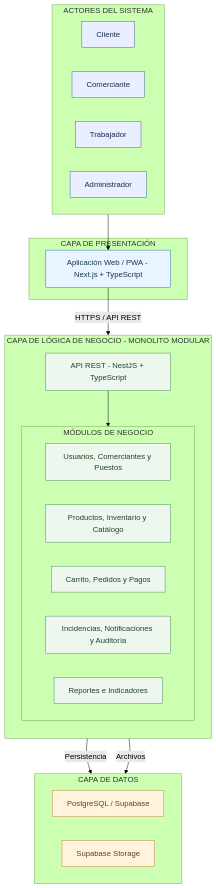
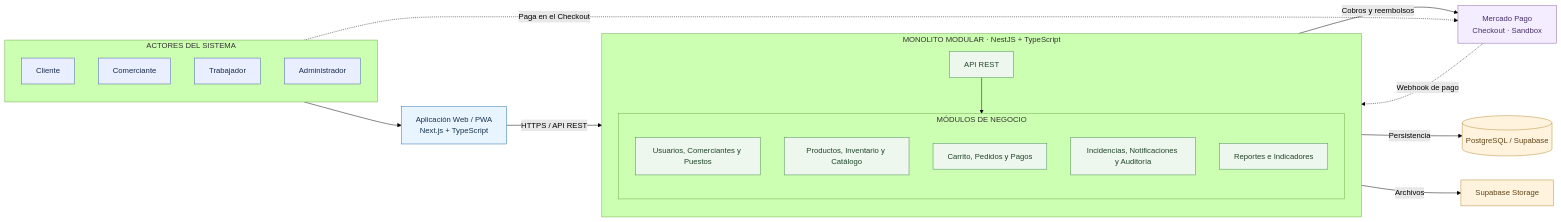
One commit to DheanFernandez/mercado-multivendedor changed the diagram in docs/02-arquitectura-software/estilo-arquitectonico.md. Above: the diagram before and after it, drawn with Mermaid (forest theme). The commit also changed other lines of this file and 24 other files, not shown here.

Commit message:
docs: refactorizar estilo a monolito modular e integrar pago unico con Mercado Pago

````diff
--- a/docs/02-arquitectura-software/estilo-arquitectonico.md
+++ b/docs/02-arquitectura-software/estilo-arquitectonico.md
@@ -101,52 +105,54 @@
 ```mermaid
-flowchart TB
+flowchart LR
 
     subgraph ACT["ACTORES DEL SISTEMA"]
-        direction LR
+        direction TB
         CL["Cliente"]
         CO["Comerciante"]
         TR["Trabajador"]
         AD["Administrador"]
     end
 
-    subgraph PRE["CAPA DE PRESENTACIÓN"]
-        WEB["Aplicación Web / PWA - Next.js + TypeScript"]
-    end
+    WEB["Aplicación Web / PWA<br/>Next.js + TypeScript"]
 
-    subgraph NEG["CAPA DE LÓGICA DE NEGOCIO - MONOLITO MODULAR"]
+    subgraph MONO["MONOLITO MODULAR · NestJS + TypeScript"]
         direction TB
 
-        API["API REST - NestJS + TypeScript"]
+        API["API REST"]
 
         subgraph MOD["MÓDULOS DE NEGOCIO"]
-            direction LR
+            direction TB
             ID["Usuarios, Comerciantes y Puestos"]
             COM["Productos, Inventario y Catálogo"]
             PED["Carrito, Pedidos y Pagos"]
             SER["Incidencias, Notificaciones y Auditoría"]
             REP["Reportes e Indicadores"]
         end
+
+        API --> MOD
     end
 
-    subgraph DAT["CAPA DE DATOS"]
-        direction LR
-        DB["PostgreSQL / Supabase"]
-        ST["Supabase Storage"]
-    end
+    DB[("PostgreSQL / Supabase")]
+    ST["Supabase Storage"]
+    MP["Mercado Pago<br/>Checkout · Sandbox"]
 
     ACT --> WEB
     WEB -->|"HTTPS / API REST"| API
-    API --> MOD
     MOD -->|"Persistencia"| DB
     MOD -->|"Archivos"| ST
+    MOD -->|"Cobros y reembolsos"| MP
+    MP -.->|"Webhook de pago"| API
+    CL -.->|"Paga en el Checkout"| MP
 
     classDef actor fill:#e9efff,stroke:#4361a5,color:#172b4d
     classDef frontend fill:#e8f4ff,stroke:#2374ab,color:#17354d
     classDef backend fill:#edf7ed,stroke:#458a55,color:#20452a
     classDef data fill:#fff3dd,stroke:#b88a34,color:#604418
+    classDef external fill:#f4ecff,stroke:#8662ae,color:#49316c
 
     class CL,CO,TR,AD actor
     class WEB frontend
     class API,ID,COM,PED,SER,REP backend
     class DB,ST data
+    class MP external
 ```
````
